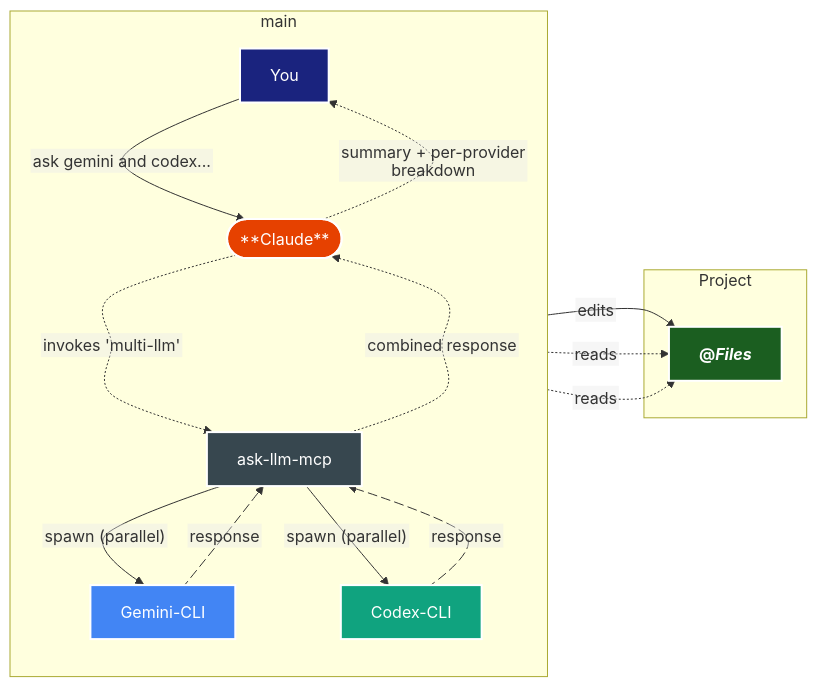
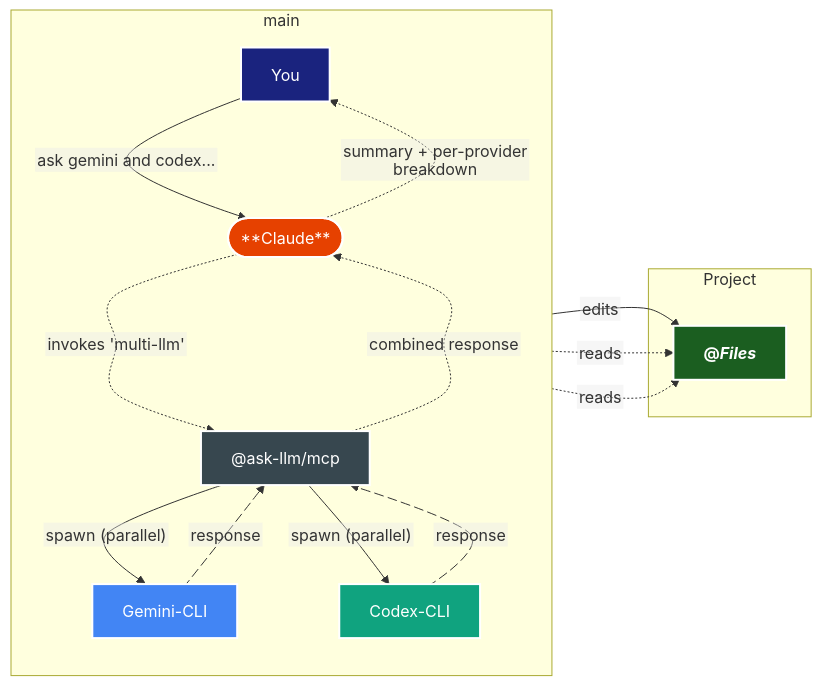
One commit to Lykhoyda/ask-llm changed the diagram in apps/docs/concepts/how-it-works.md. Above: the diagram before and after it, drawn with Mermaid. The commit also changed other lines of this file and 99 other files, not shown here.

Commit message:
feat: migrate npm packages to @ask-llm (#230)

````diff
--- a/apps/docs/concepts/how-it-works.md
+++ b/apps/docs/concepts/how-it-works.md
@@ -28,39 +28,39 @@
 ```mermaid
 ---
 config:
   flowchart:
     htmlLabels: false
     curve: cardinal
 ---
 flowchart LR
     subgraph main
         direction TB
         A[You] --> |"ask gemini and codex..."| B([**Claude**])
-        B -..-> |"invokes 'multi-llm'"| C["ask-llm-mcp"]
+        B -..-> |"invokes 'multi-llm'"| C["@ask-llm/mcp"]
         C --> |"spawn (parallel)"| D[Gemini-CLI]
         C --> |"spawn (parallel)"| E[Codex-CLI]
         D e1@-.-> |"response"| C
         E e2@-.-> |"response"| C
         C -.-> |"combined response"| B
         B -.-> |"summary + per-provider breakdown"| A
         e1@{ animate: true }
         e2@{ animate: true }
     end
     subgraph Project
         B --> |"edits"| F["`**@*Files***`"]
         D -.-> |"reads"| F
         E -.-> |"reads"| F
     end
     classDef userNode fill:#1a237e,stroke:#fff,color:#fff,stroke-width:2px
     classDef claudeNode fill:#e64100,stroke:#fff,color:#fff,stroke-width:2px
     classDef geminiNode fill:#4285f4,stroke:#fff,color:#fff,stroke-width:2px
     classDef codexNode fill:#10a37f,stroke:#fff,color:#fff,stroke-width:2px
     classDef mcpNode fill:#37474f,stroke:#fff,color:#fff,stroke-width:2px
     classDef dataNode fill:#1b5e20,stroke:#fff,color:#fff,stroke-width:2px
     class A userNode
     class B claudeNode
     class C mcpNode
     class D geminiNode
     class E codexNode
     class F dataNode
 ```
````
